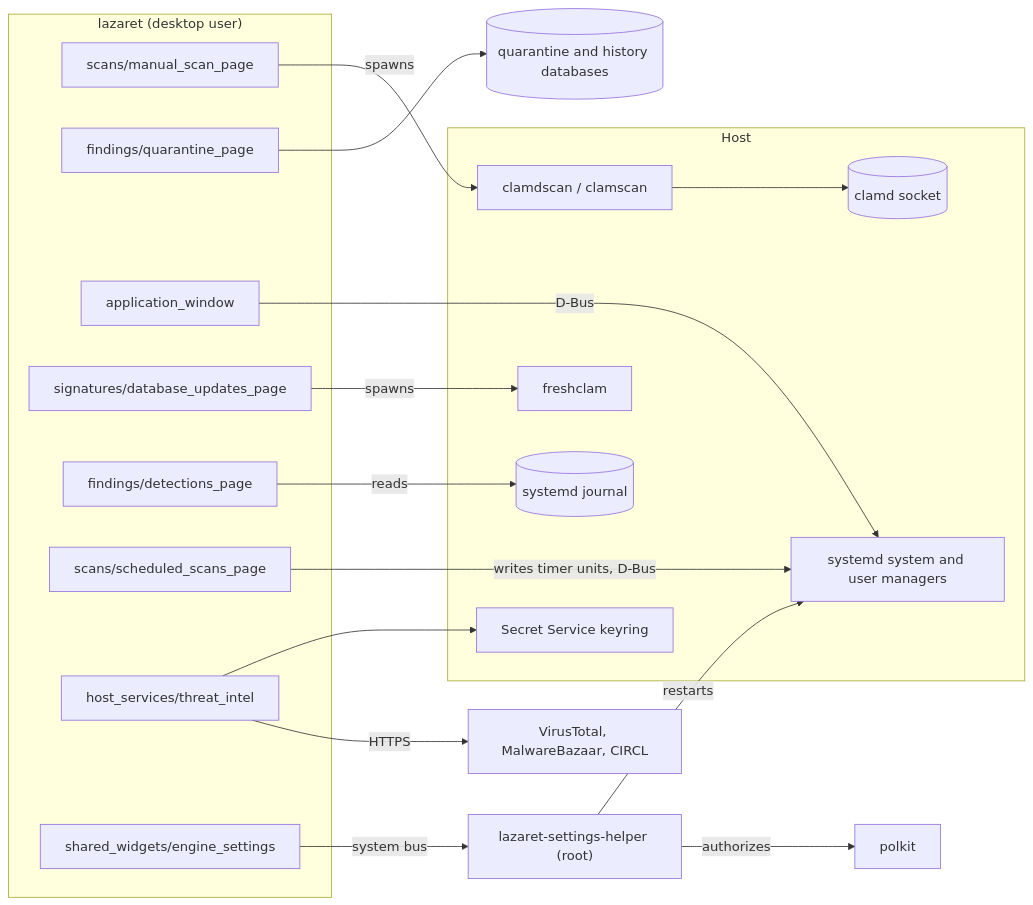
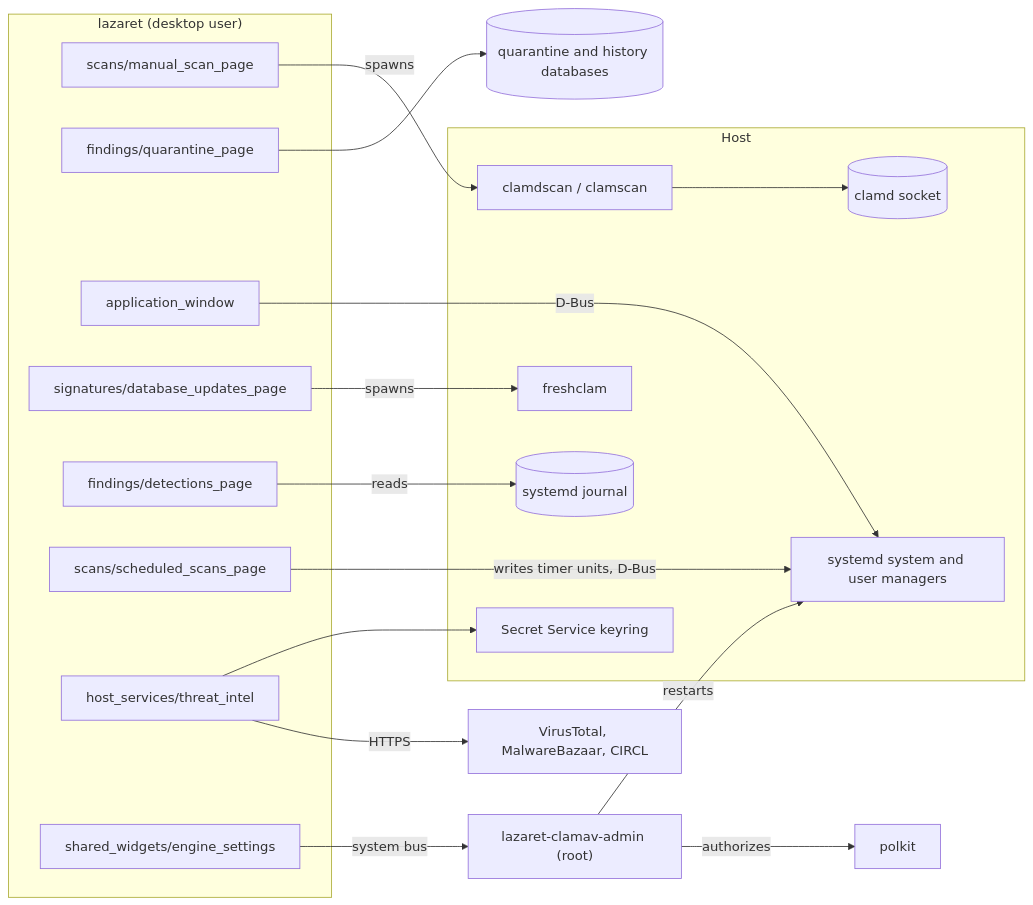
The first of 8 diagrams in docs/architecture.md (wvhulle/clamui), drawn with Mermaid before and after one commit. The commit also changed other lines of this file and 53 other files, not shown here.

Commit message:
refactor: rename the settings helper to the ClamAV admin service

````diff
--- a/docs/architecture.md
+++ b/docs/architecture.md
@@ -7,40 +7,40 @@
 ```mermaid
 flowchart LR
     subgraph gui["lazaret (desktop user)"]
         scan["scans/manual_scan_page"]
         quarantine["findings/quarantine_page"]
         shell["application_window"]
         updates["signatures/database_updates_page"]
         detections["findings/detections_page"]
         schedules["scans/scheduled_scans_page"]
         lookups["host_services/threat_intel"]
         settings["shared_widgets/engine_settings"]
     end
 
     subgraph host["Host"]
         clamdscan["clamdscan / clamscan"]
         freshclam["freshclam"]
         clamd[("clamd socket")]
         systemd["systemd system and user managers"]
         journal[("systemd journal")]
         keyring["Secret Service keyring"]
     end
 
-    helper["lazaret-settings-helper (root)"]
+    adminService["lazaret-clamav-admin (root)"]
     polkit["polkit"]
     internet["VirusTotal, MalwareBazaar, CIRCL"]
     database[("quarantine and history databases")]
 
     scan -->|spawns| clamdscan
     clamdscan --> clamd
     shell -->|D-Bus| systemd
     updates -->|spawns| freshclam
     detections -->|reads| journal
     schedules -->|writes timer units, D-Bus| systemd
     quarantine --> database
     lookups -->|HTTPS| internet
     lookups --> keyring
-    settings -->|system bus| helper
-    helper -->|authorizes| polkit
-    helper -->|restarts| systemd
+    settings -->|system bus| adminService
+    adminService -->|authorizes| polkit
+    adminService -->|restarts| systemd
 ```
````
